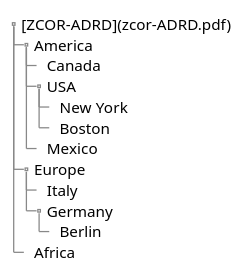
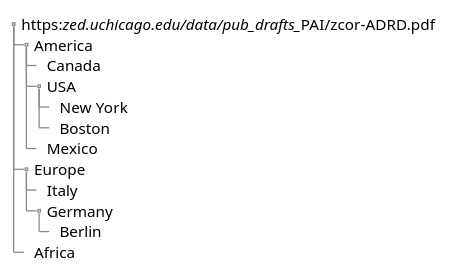
Before and after one commit to zeroknowledgediscovery/zedwiki: the fourth of 4 diagrams in How To Edit This Wiki.md, drawn with PlantUML.

Commit message:
Updated How To Edit This Wiki.md (markdown)

```diff
--- a/How To Edit This Wiki.md
+++ b/How To Edit This Wiki.md
@@ -94,19 +94,19 @@
 @startuml
 salt
 {
 {T
- + [ZCOR-ADRD](zcor-ADRD.pdf)
+ + https://zed.uchicago.edu/data/pub_drafts_//PAI/zcor-ADRD.pdf
  ++ America
  +++ Canada
  +++ USA
  ++++ New York
  ++++ Boston
  +++ Mexico
  ++ Europe
  +++ Italy
  +++ Germany
  ++++ Berlin
  ++ Africa
 }
 }
 @enduml
```
